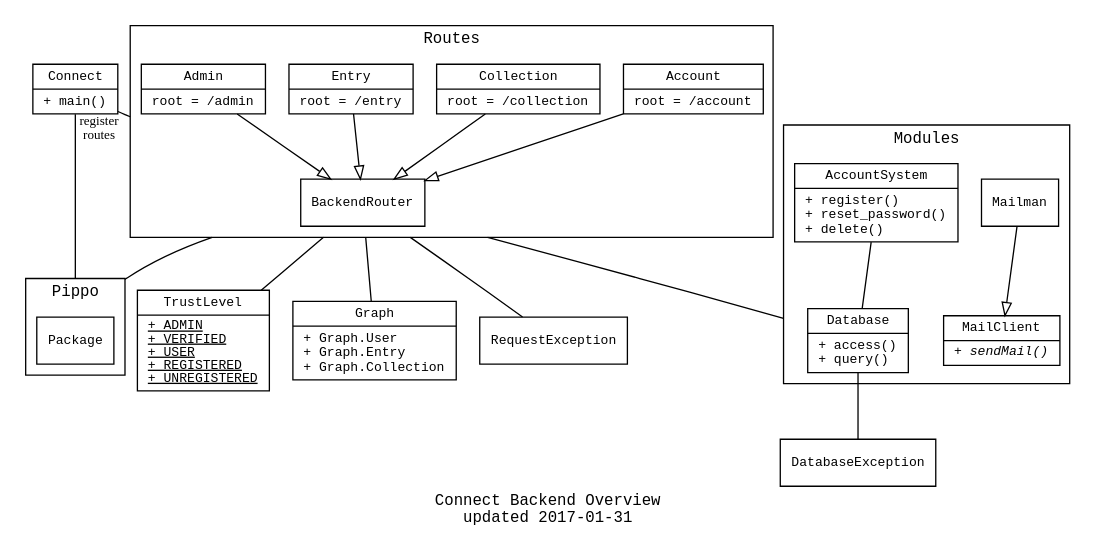
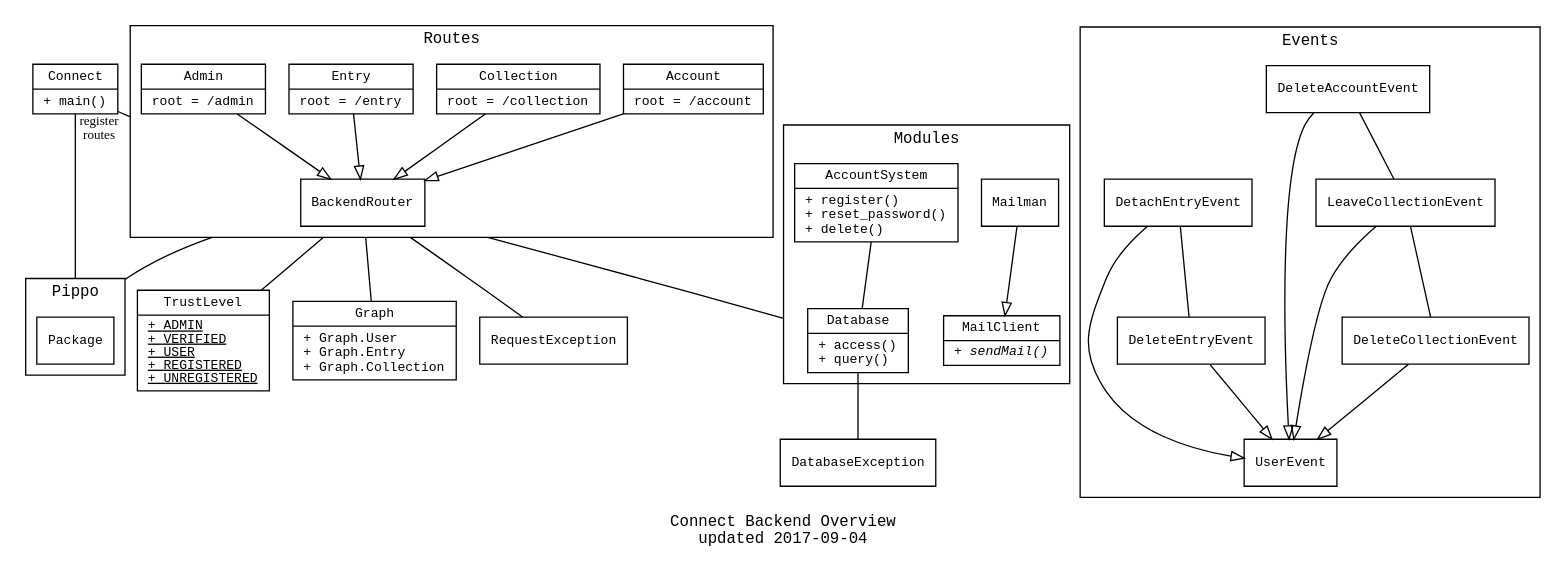
One commit to sergiorico/backend changed the diagram in docs/overview.dot. Above: the diagram before and after it, drawn with Graphviz. The commit also changed 2 other files, not shown here.

```diff
--- a/docs/overview.dot
+++ b/docs/overview.dot
@@ -1,104 +1,128 @@
 digraph G {
-    label = "Connect Backend Overview\nupdated 2017-01-31"
+    label = "Connect Backend Overview\nupdated 2017-09-04"
     compound = true;
 
     graph [ fontname="monospace" fontsize=12 ]
     edge [ fontsize=10 ]
     node [
         shape = "record"
         fontname="monospace"
         fontsize=10
     ]
 
     subgraph clusterPippo {
         label = "Pippo"
         PippoStuff [ label = "{Package}"]
     }
 
     Connect [
         label = "{Connect|+ main()\l}"
     ]
     Connect -> PippoStuff [lhead=clusterPippo,dir=none]
 
     TrustLevel [
         label = <{TrustLevel|<u>+ ADMIN</u><br align='left'/><u>+ VERIFIED</u><br align='left'/><u>+ USER</u><br align='left'/><u>+ REGISTERED</u><br align='left'/><u>+ UNREGISTERED</u>}>
     ]
 
     GraphClass [
         label = "{Graph|+ Graph.User\l+ Graph.Entry\l+ Graph.Collection\l}"
     ]
 
     DatabaseException [
         label = "{DatabaseException}"
     ]
     RequestException [
         label = "{RequestException}"
     ]
+
+    subgraph clusterEvents {
+        label = "Events"
+
+        UserEvent
+
+        DeleteAccountEvent
+        DeleteCollectionEvent
+        DeleteEntryEvent
+        DetachEntryEvent
+        LeaveCollectionEvent
+    }
+
+    edge [ arrowhead = "empty" ]
+    DeleteAccountEvent -> UserEvent
+    DeleteCollectionEvent -> UserEvent
+    DeleteEntryEvent -> UserEvent
+    DetachEntryEvent -> UserEvent
+    LeaveCollectionEvent -> UserEvent
+    edge [ arrowhead = "none" ]
+    DeleteAccountEvent -> LeaveCollectionEvent
+    LeaveCollectionEvent -> DeleteCollectionEvent
+    DetachEntryEvent -> DeleteEntryEvent
+
 
     subgraph clusterModules {
         label = "Modules"
 
         AccountSystem [
             label = "{AccountSystem|+ register()\l+ reset_password()\l+ delete()\l}"
         ]
 
         Database [
             label = "{Database|+ access()\l+ query()\l}"
         ]
 
         MailClient [
             label = <{MailClient|<i>+ sendMail()</i><br/>}>
         ]
 
         Mailman [
             label = "{Mailman\l}"
         ]
     }
 
     edge [ arrowhead = "empty" ]
     Mailman -> MailClient
     edge [ arrowhead = "none" ]
     AccountSystem -> Database
     Database -> DatabaseException
 
     // prefix with cluster to draw label and border
     subgraph clusterEndpoints {
         label = "Routes"
 
         BackendRouter [
             label = "{BackendRouter\l}"
         ]
 
         Account [
             label = "{Account|root = /account\l}"
         ]
 
         Collection [
             label = "{Collection|root = /collection\l}"
         ]
 
         Entry [
             label = "{Entry|root = /entry\l}"
         ]
 
         Admin [
             label = "{Admin|root = /admin\l}"
         ]
 
     }
     edge [ arrowhead="empty" ]
     Account -> BackendRouter
     Collection -> BackendRouter
     Entry -> BackendRouter
     Admin -> BackendRouter
 
     edge [ arrowhead="none" ]
     BackendRouter -> Database [lhead=clusterModules,ltail=clusterEndpoints]
     BackendRouter -> RequestException [ltail=clusterEndpoints]
     BackendRouter -> GraphClass [ltail=clusterEndpoints]
     BackendRouter -> TrustLevel [ltail=clusterEndpoints]
     BackendRouter -> PippoStuff [lhead=clusterPippo, ltail=clusterEndpoints]
 
     Connect -> BackendRouter [lhead=clusterEndpoints, xlabel="register\nroutes"]
 
 }
```
